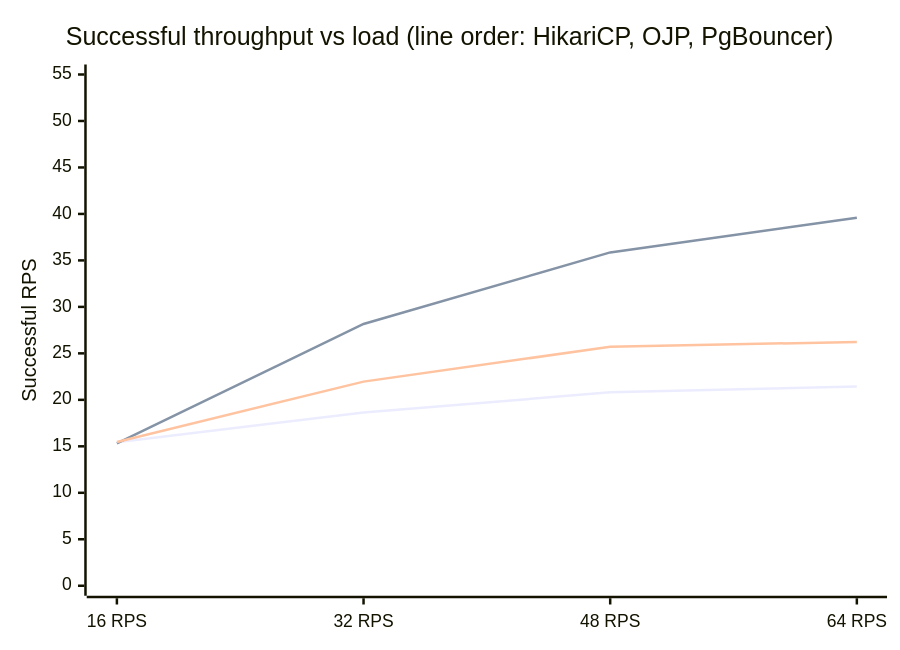
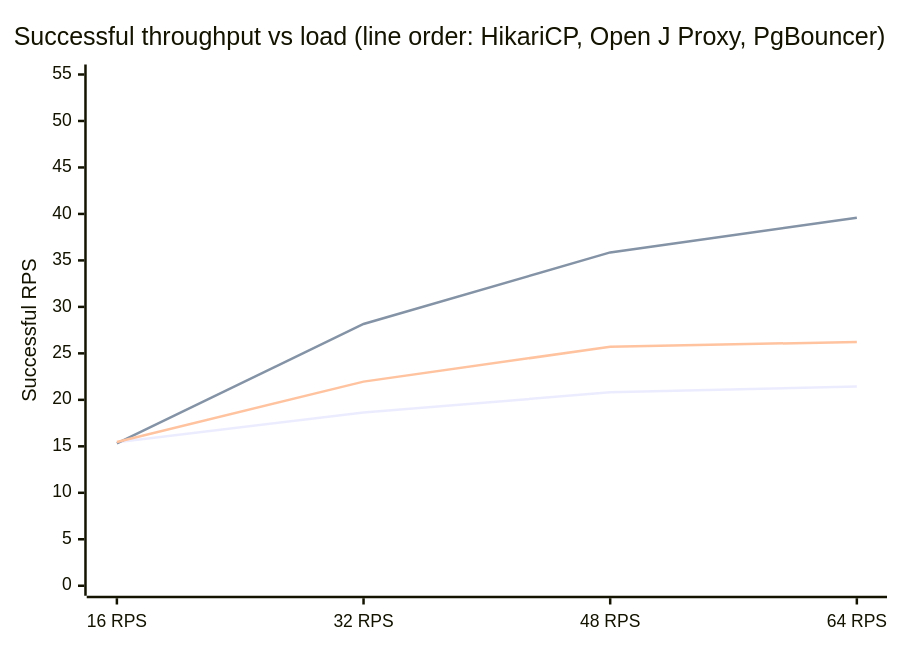
The second of 7 diagrams in article.md (rrobetti/stressum), drawn with Mermaid before and after one commit. The commit also changed other lines of this file, not shown here.

Commit message:
docs: replace OJP with Open J Proxy throughout article

````diff
--- a/article.md
+++ b/article.md
@@ -67,9 +67,9 @@
 ```mermaid
 xychart-beta
-    title "Successful throughput vs load (line order: HikariCP, OJP, PgBouncer)"
+    title "Successful throughput vs load (line order: HikariCP, Open J Proxy, PgBouncer)"
     x-axis ["16 RPS", "32 RPS", "48 RPS", "64 RPS"]
     y-axis "Successful RPS" 0 --> 55
     line [15.44, 18.63, 20.81, 21.44]
     line [15.31, 28.16, 35.86, 39.60]
     line [15.46, 21.96, 25.71, 26.23]
 ```
````
